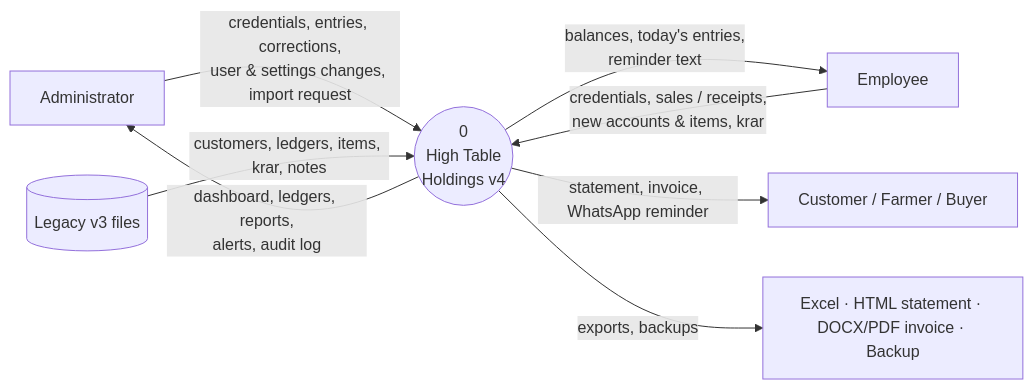
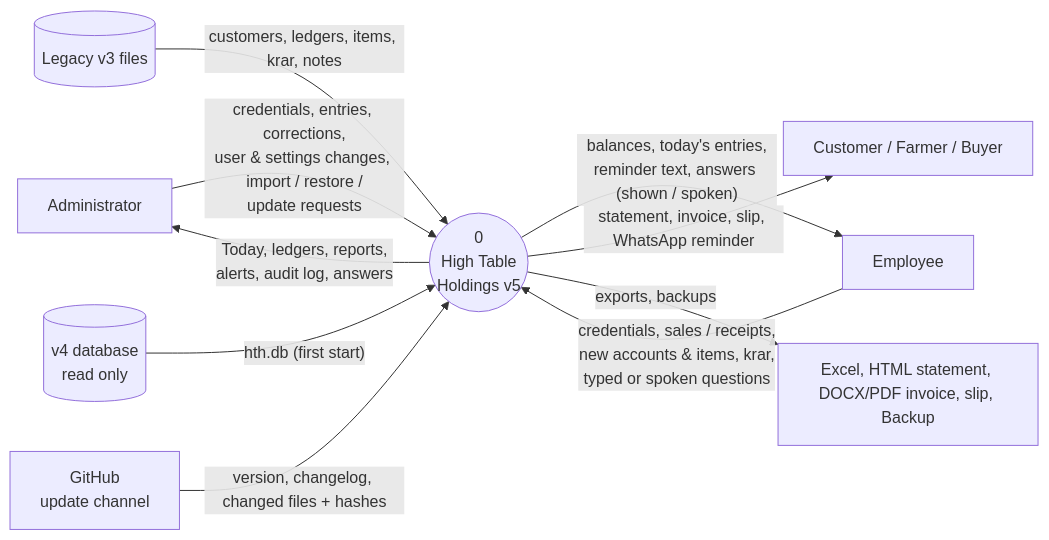
One commit to Parmodsihag/jbbv4 changed the first of 9 diagrams in sme/04_DFD_and_Data_Model.md. Above: the diagram before and after it, drawn with Mermaid. The commit also changed other lines of this file and 40 other files, not shown here.

````diff
--- a/sme/04_DFD_and_Data_Model.md
+++ b/sme/04_DFD_and_Data_Model.md
@@ -8,17 +8,21 @@
 ```mermaid
 flowchart LR
   ADM[Administrator]
   EMP[Employee]
   CUST[Customer / Farmer / Buyer]
   V3[(Legacy v3 files)]
-  P0((0<br/>High Table<br/>Holdings v4))
-  FILES[Excel · HTML statement · DOCX/PDF invoice · Backup]
+  V4[(v4 database<br/>read only)]
+  GH[GitHub<br/>update channel]
+  P0((0<br/>High Table<br/>Holdings v5))
+  FILES[Excel, HTML statement, DOCX/PDF invoice, slip, Backup]
 
-  ADM -- "credentials, entries, corrections,<br/>user & settings changes, import request" --> P0
-  EMP -- "credentials, sales / receipts,<br/>new accounts & items, krar" --> P0
-  P0 -- "dashboard, ledgers, reports,<br/>alerts, audit log" --> ADM
-  P0 -- "balances, today's entries,<br/>reminder text" --> EMP
-  P0 -- "statement, invoice, WhatsApp reminder" --> CUST
+  ADM -- "credentials, entries, corrections,<br/>user & settings changes, import / restore /<br/>update requests" --> P0
+  EMP -- "credentials, sales / receipts,<br/>new accounts & items, krar,<br/>typed or spoken questions" --> P0
+  P0 -- "Today, ledgers, reports,<br/>alerts, audit log, answers" --> ADM
+  P0 -- "balances, today's entries,<br/>reminder text, answers (shown / spoken)" --> EMP
+  P0 -- "statement, invoice, slip, WhatsApp reminder" --> CUST
   V3 -- "customers, ledgers, items, krar, notes" --> P0
+  V4 -- "hth.db (first start)" --> P0
+  GH -- "version, changelog, changed files + hashes" --> P0
   P0 -- "exports, backups" --> FILES
 ```
````
